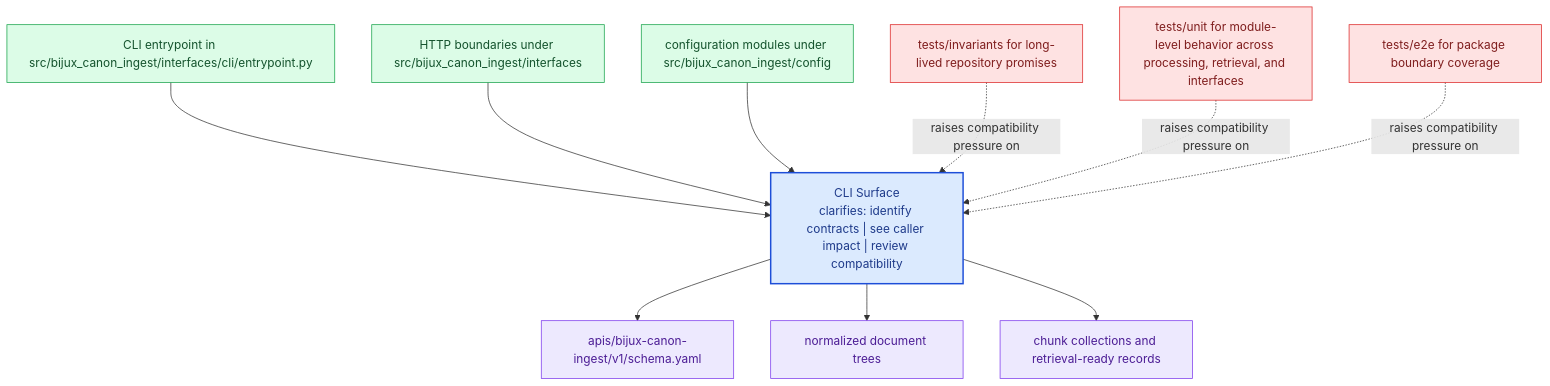
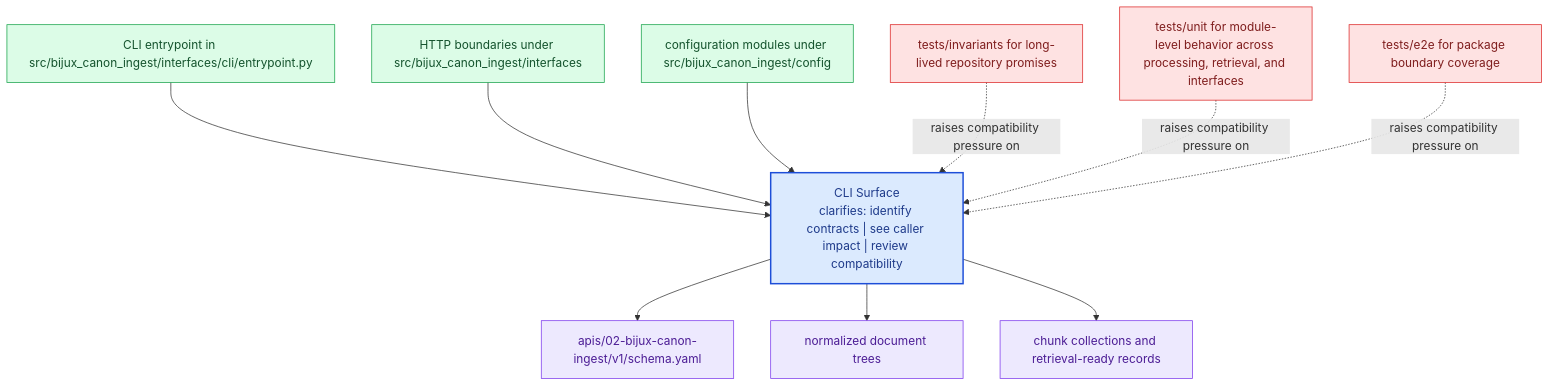
Before and after one commit to bijux/bijux-canon: the diagram in docs/02-bijux-canon-ingest/interfaces/cli-surface.md, drawn with Mermaid. The commit also changed other lines of this file and 167 other files, not shown here.

````diff
--- a/docs/02-bijux-canon-ingest/interfaces/cli-surface.md
+++ b/docs/02-bijux-canon-ingest/interfaces/cli-surface.md
@@ -24,31 +24,31 @@
 ```mermaid
 flowchart TB
     page["CLI Surface<br/>clarifies: identify contracts | see caller impact | review compatibility"]
     classDef page fill:#dbeafe,stroke:#1d4ed8,color:#1e3a8a,stroke-width:2px;
     classDef positive fill:#dcfce7,stroke:#16a34a,color:#14532d;
     classDef caution fill:#fee2e2,stroke:#dc2626,color:#7f1d1d;
     classDef anchor fill:#ede9fe,stroke:#7c3aed,color:#4c1d95;
     classDef action fill:#fef3c7,stroke:#d97706,color:#7c2d12;
     surface1["CLI entrypoint in src/bijux_canon_ingest/interfaces/cli/entrypoint.py"]
     surface1 --> page
     surface2["HTTP boundaries under src/bijux_canon_ingest/interfaces"]
     surface2 --> page
     surface3["configuration modules under src/bijux_canon_ingest/config"]
     surface3 --> page
-    proof1["apis/bijux-canon-ingest/v1/schema.yaml"]
+    proof1["apis/02-bijux-canon-ingest/v1/schema.yaml"]
     page --> proof1
     proof2["normalized document trees"]
     page --> proof2
     proof3["chunk collections and retrieval-ready records"]
     page --> proof3
     review1["tests/invariants for long-lived repository promises"]
     review1 -.raises compatibility pressure on.-> page
     review2["tests/unit for module-level behavior across processing, retrieval, and interfaces"]
     review2 -.raises compatibility pressure on.-> page
     review3["tests/e2e for package boundary coverage"]
     review3 -.raises compatibility pressure on.-> page
     class page page;
     class surface1,surface2,surface3 positive;
     class proof1,proof2,proof3 anchor;
     class review1,review2,review3 caution;
 ```
````
